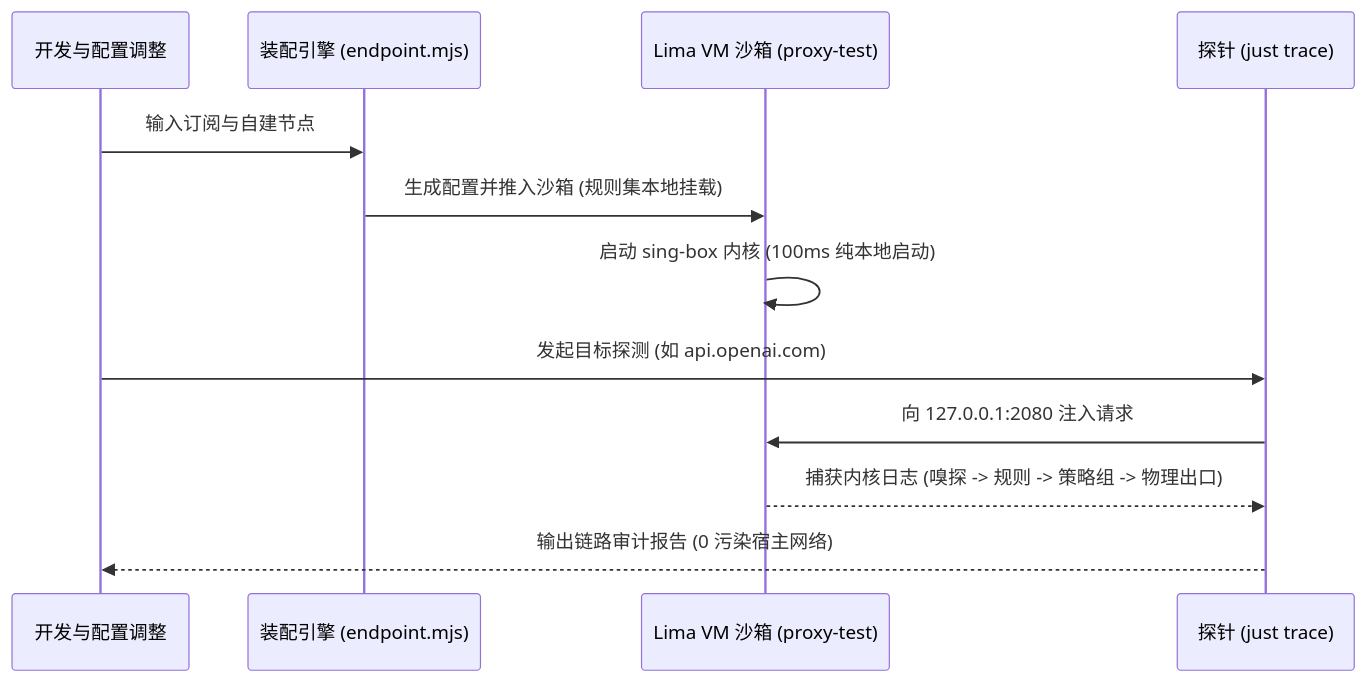
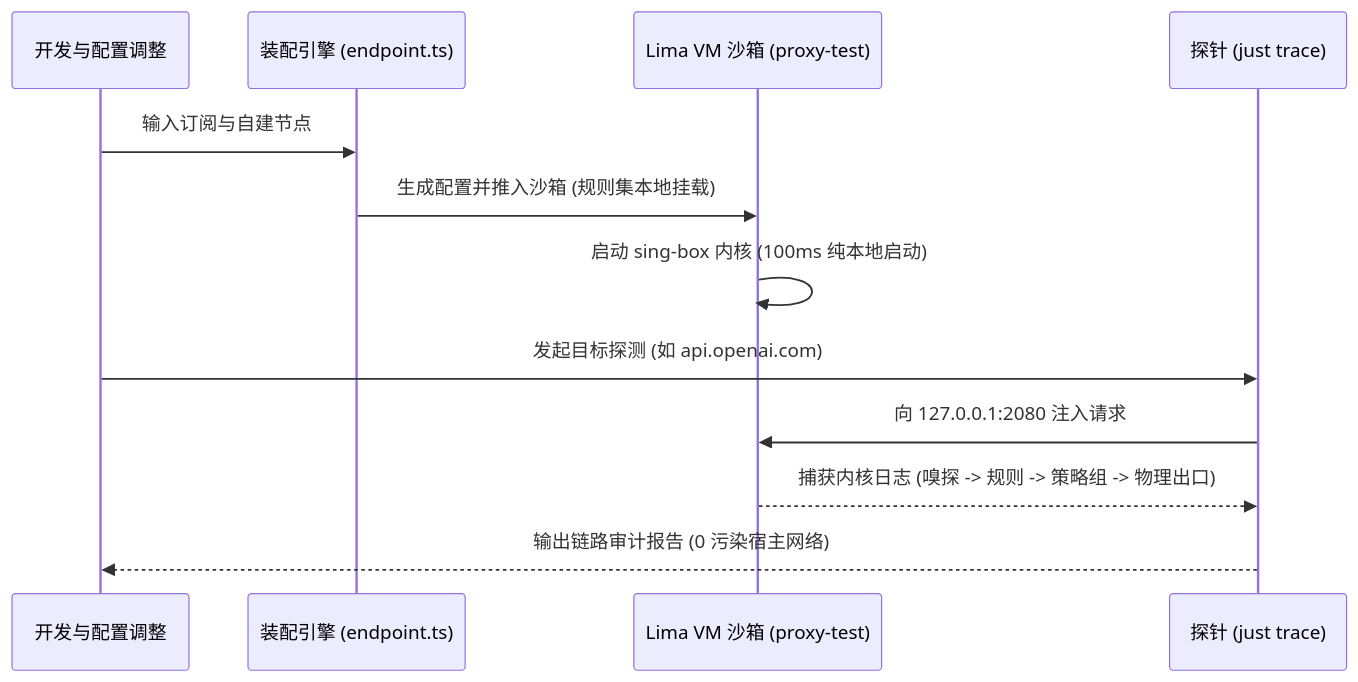
Before and after one commit to shelken/proxy: the third of 3 diagrams in docs/ARCH.md, drawn with Mermaid. The commit also changed other lines of this file and 20 other files, not shown here.

````diff
--- a/docs/ARCH.md
+++ b/docs/ARCH.md
@@ -69,15 +69,15 @@
 ```mermaid
 sequenceDiagram
     participant Dev as 开发与配置调整
-    participant ASM as 装配引擎 (endpoint.mjs)
+    participant ASM as 装配引擎 (endpoint.ts)
     participant VM as Lima VM 沙箱 (proxy-test)
     participant Probe as 探针 (just trace)
 
     Dev->>ASM: 输入订阅与自建节点
     ASM->>VM: 生成配置并推入沙箱 (规则集本地挂载)
     VM->>VM: 启动 sing-box 内核 (100ms 纯本地启动)
     Dev->>Probe: 发起目标探测 (如 api.openai.com)
     Probe->>VM: 向 127.0.0.1:2080 注入请求
     VM-->>Probe: 捕获内核日志 (嗅探 -> 规则 -> 策略组 -> 物理出口)
     Probe-->>Dev: 输出链路审计报告 (0 污染宿主网络)
 ```
````
